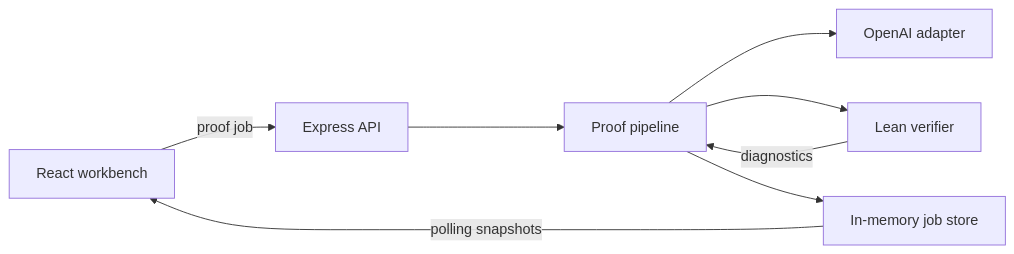
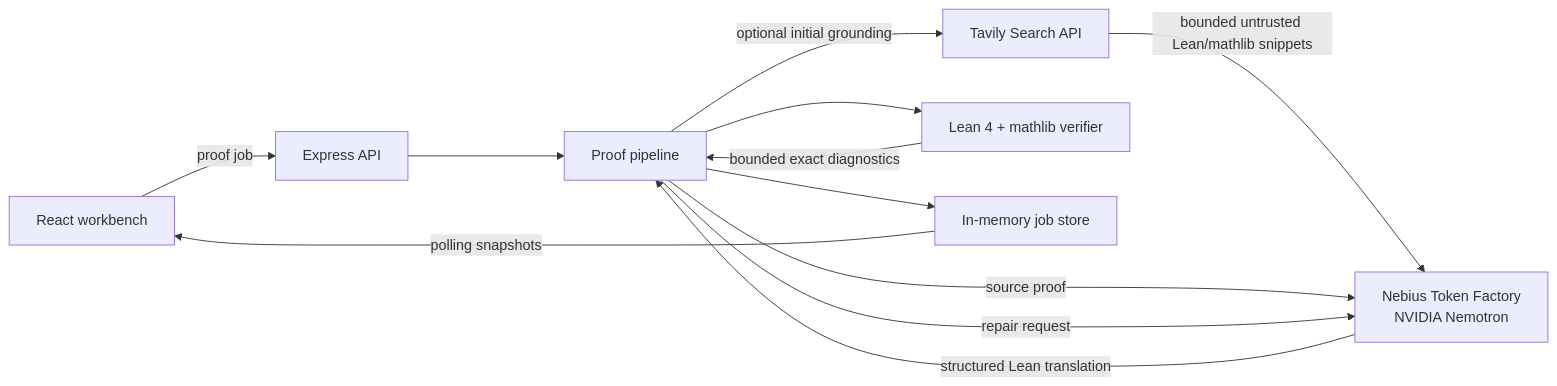
Before and after one commit to Mathemperor/leanbridge-ai: the first of 3 diagrams in docs/architecture.md, drawn with Mermaid. The commit also changed other lines of this file, not shown here.

Commit message:
docs: refresh architecture for Tavily Nemotron Lean trust boundaries

````diff
--- a/docs/architecture.md
+++ b/docs/architecture.md
@@ -7,10 +13,17 @@
 ```mermaid
 flowchart LR
     UI["React workbench"] -->|"proof job"| API["Express API"]
     API --> PIPE["Proof pipeline"]
-    PIPE --> AI["OpenAI adapter"]
-    PIPE --> LEAN["Lean verifier"]
-    LEAN -->|"diagnostics"| PIPE
+
+    PIPE -->|"optional initial grounding"| TAVILY["Tavily Search API"]
+    TAVILY -->|"bounded untrusted Lean/mathlib snippets"| NEMO["Nebius Token Factory\nNVIDIA Nemotron"]
+    PIPE -->|"source proof"| NEMO
+    NEMO -->|"structured Lean translation"| PIPE
+
+    PIPE --> LEAN["Lean 4 + mathlib verifier"]
+    LEAN -->|"bounded exact diagnostics"| PIPE
+    PIPE -->|"repair request"| NEMO
+
     PIPE --> STORE["In-memory job store"]
     STORE -->|"polling snapshots"| UI
 ```
````
